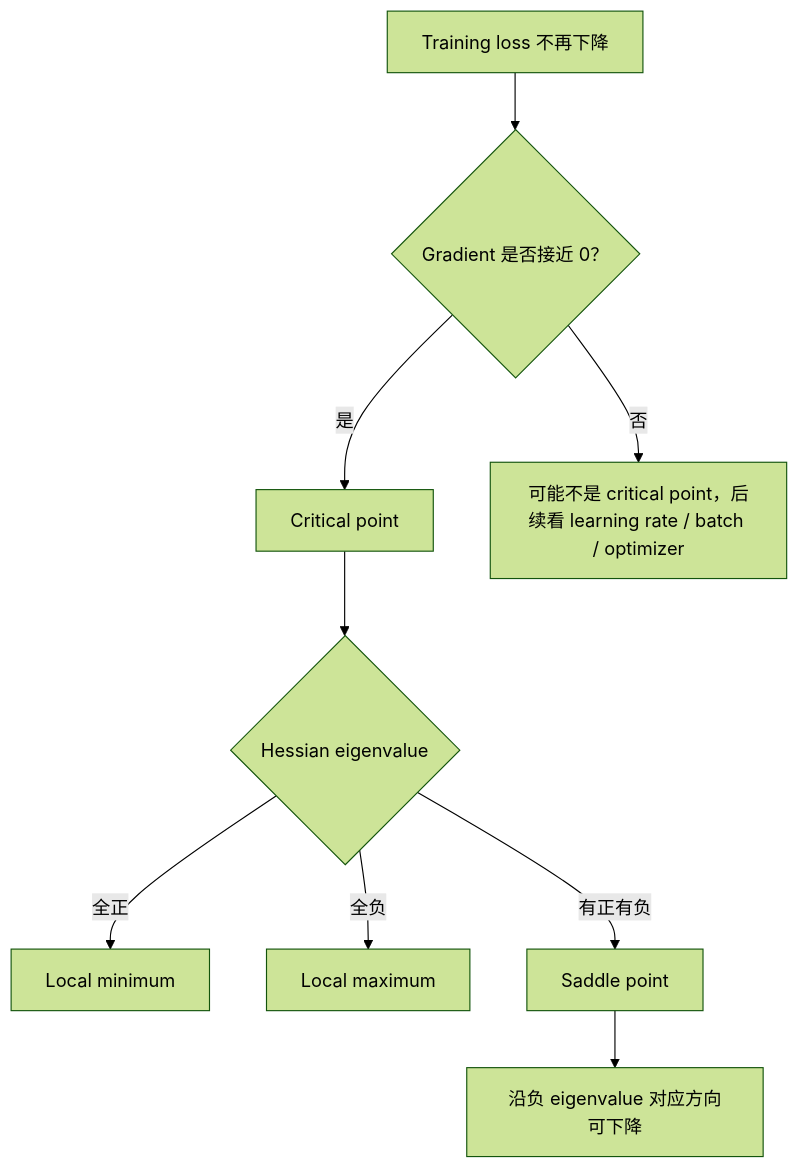
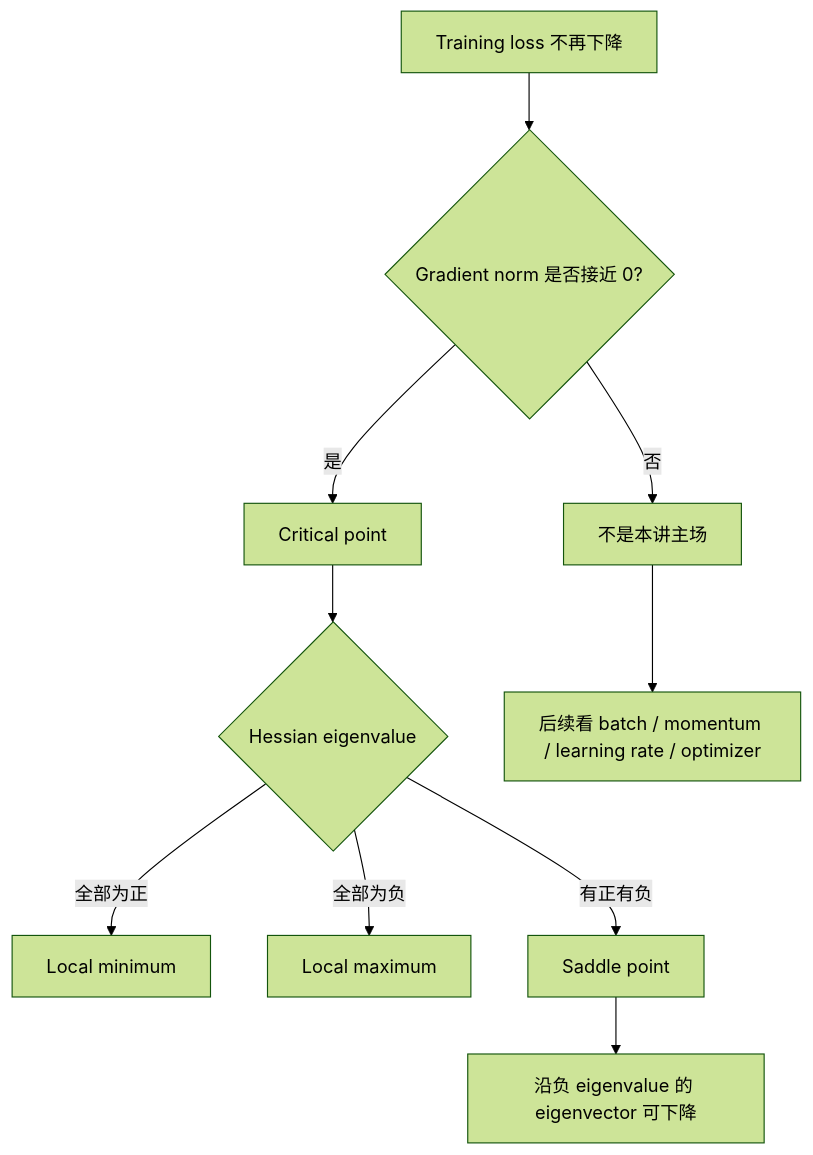
Before and after one commit to Sonnette51/stat_notes_sonnette: the first of 2 diagrams in docs/机器学习（lhy）-更新中/P4_类神经网络训练不起来怎么办_局部最小值与鞍点.md, drawn with Mermaid (forest theme). The commit also changed other lines of this file and 4 other files, not shown here.

````diff
--- a/docs/机器学习（lhy）-更新中/P4_类神经网络训练不起来怎么办_局部最小值与鞍点.md
+++ b/docs/机器学习（lhy）-更新中/P4_类神经网络训练不起来怎么办_局部最小值与鞍点.md
@@ -19,11 +19,12 @@
 ```mermaid
 flowchart TD
-    A["Training loss 不再下降"] --> B{"Gradient 是否接近 0？"}
+    A["Training loss 不再下降"] --> B{"Gradient norm 是否接近 0?"}
     B -- "是" --> C["Critical point"]
     C --> D{"Hessian eigenvalue"}
-    D -- "全正" --> E["Local minimum"]
-    D -- "全负" --> F["Local maximum"]
+    D -- "全部为正" --> E["Local minimum"]
+    D -- "全部为负" --> F["Local maximum"]
     D -- "有正有负" --> G["Saddle point"]
-    G --> H["沿负 eigenvalue 对应方向可下降"]
-    B -- "否" --> I["可能不是 critical point，后续看 learning rate / batch / optimizer"]
+    G --> H["沿负 eigenvalue 的 eigenvector 可下降"]
+    B -- "否" --> I["不是本讲主场"]
+    I --> J["后续看 batch / momentum / learning rate / optimizer"]
 ```
````
